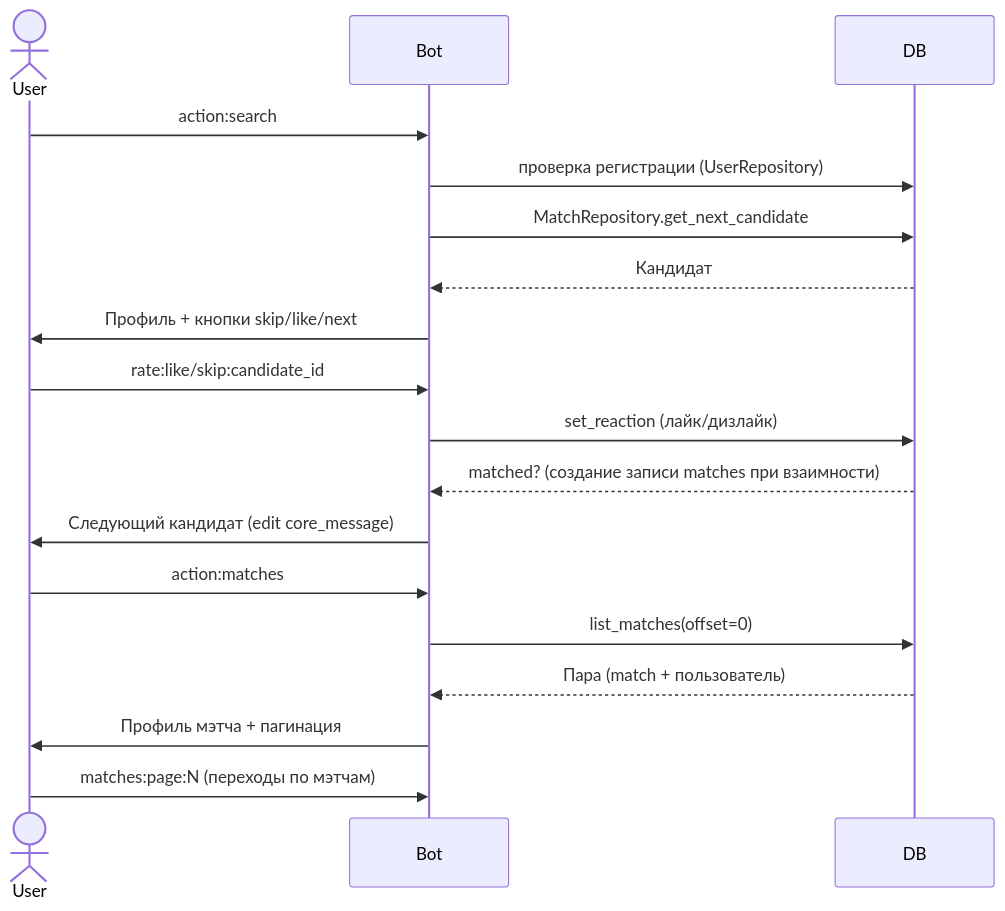
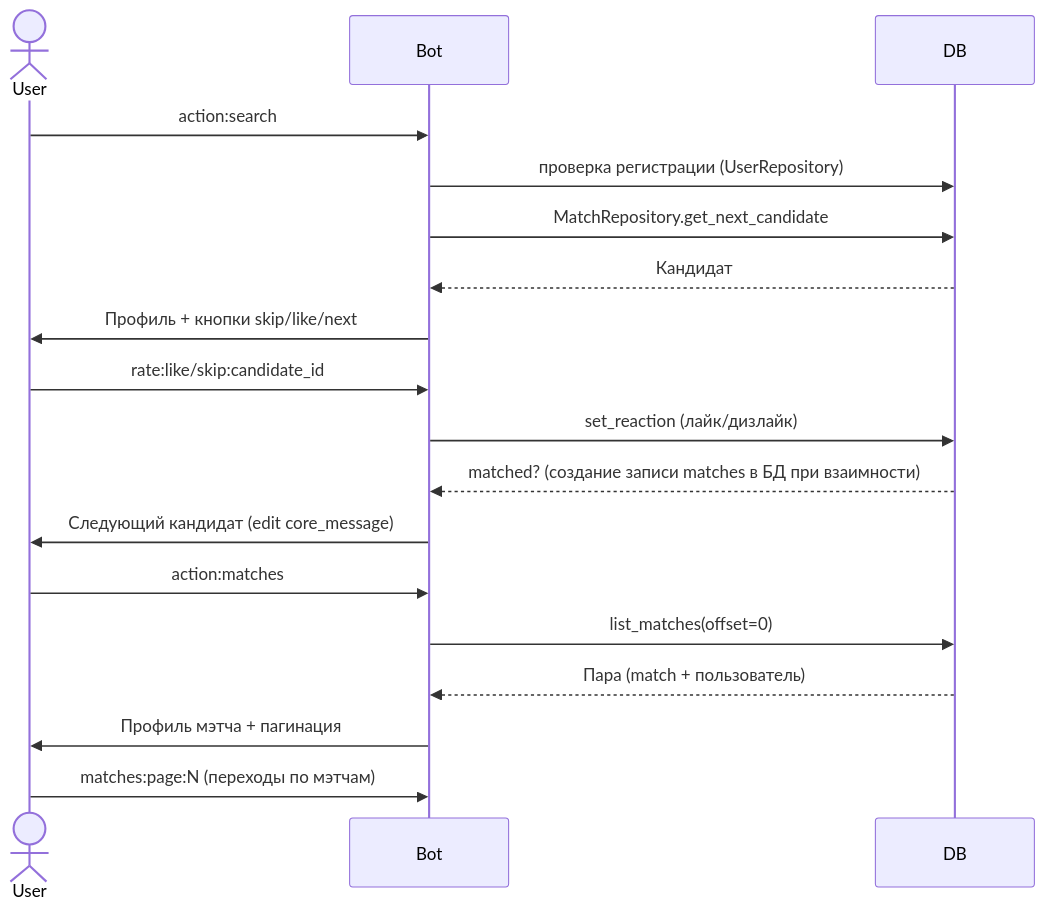
The fourth of 4 diagrams in Python_Project.md (fpetrov/DateMate), drawn with Mermaid before and after one commit. The commit also changed other lines of this file, not shown here.

````diff
--- a/Python_Project.md
+++ b/Python_Project.md
@@ -185,23 +196,23 @@
 ```mermaid
 sequenceDiagram
     actor User
     participant Bot
     participant DB
 
     User->>Bot: action:search
     Bot->>DB: проверка регистрации (UserRepository)
     Bot->>DB: MatchRepository.get_next_candidate
     DB-->>Bot: Кандидат
     Bot->>User: Профиль + кнопки skip/like/next
 
     User->>Bot: rate:like/skip:candidate_id
     Bot->>DB: set_reaction (лайк/дизлайк)
-    DB-->>Bot: matched? (создание записи matches при взаимности)
+    DB-->>Bot: matched? (создание записи matches в БД при взаимности)
     Bot->>User: Следующий кандидат (edit core_message)
 
     User->>Bot: action:matches
     Bot->>DB: list_matches(offset=0)
     DB-->>Bot: Пара (match + пользователь)
     Bot->>User: Профиль мэтча + пагинация
     User->>Bot: matches:page:N (переходы по мэтчам)
 ```
````
